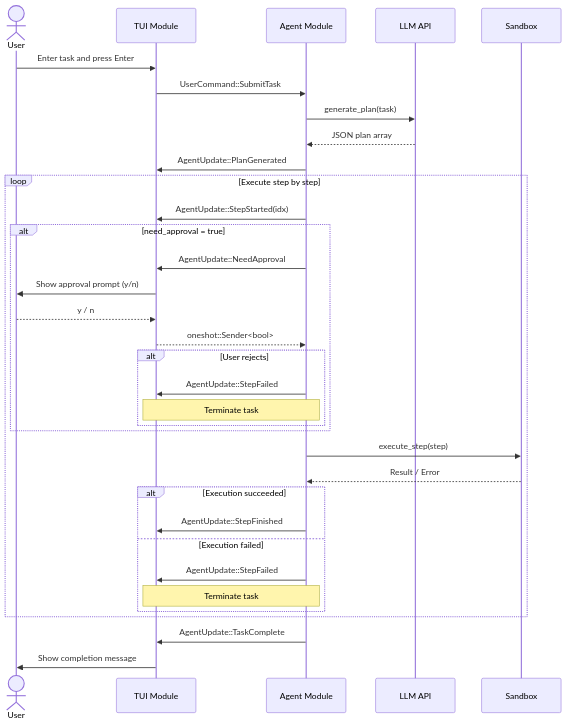
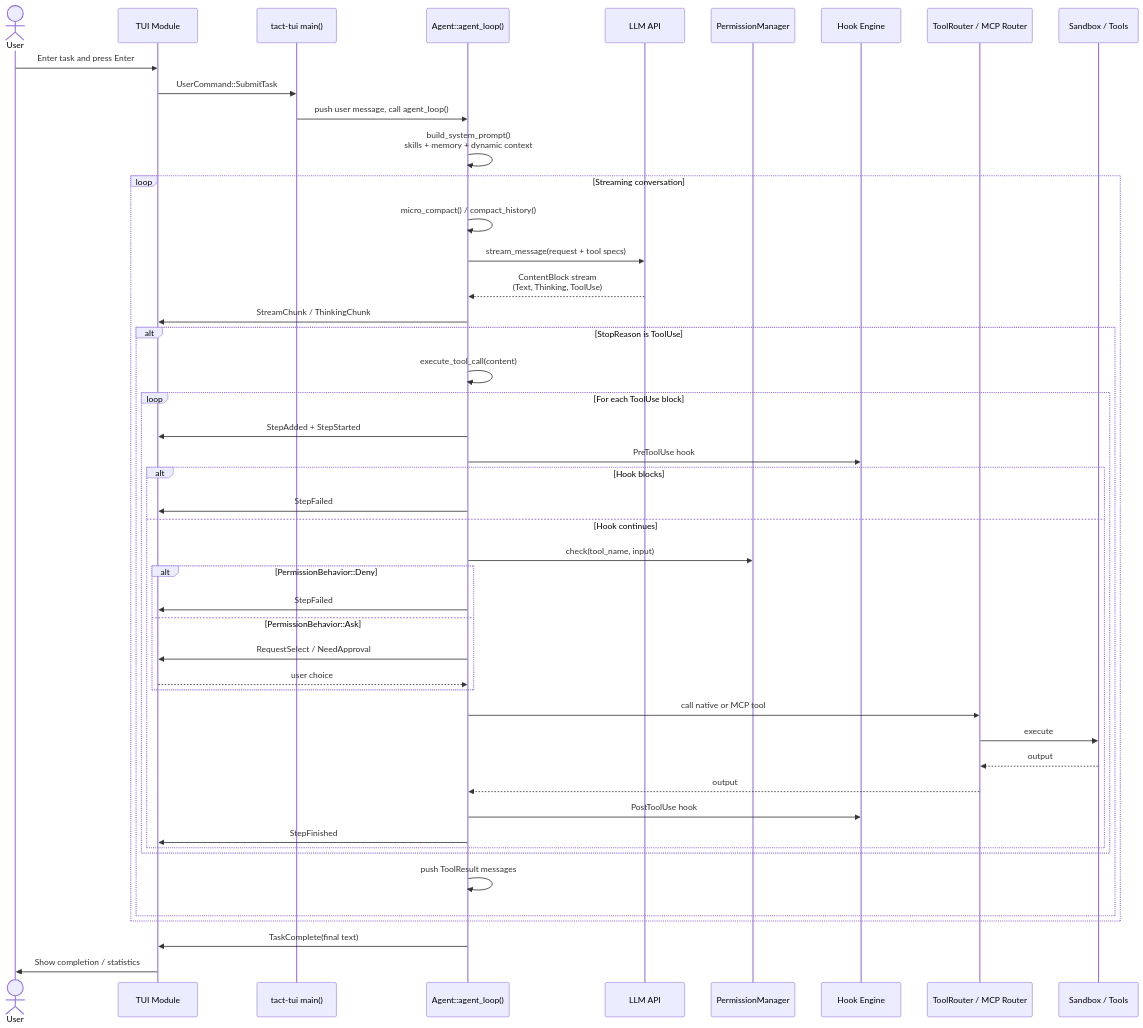
Before and after one commit to rust-infra/tact: the third of 10 diagrams in ARCHITECTURE.md, drawn with Mermaid. The commit also changed other lines of this file and 3 other files, not shown here.

````diff
--- a/ARCHITECTURE.md
+++ b/ARCHITECTURE.md
@@ -84,39 +155,53 @@
 ```mermaid
 sequenceDiagram
     actor U as User
     participant TUI as TUI Module
-    participant Agent as Agent Module
+    participant Main as tact-tui main()
+    participant Agent as Agent::agent_loop()
     participant LLM as LLM API
-    participant SB as Sandbox
+    participant Perm as PermissionManager
+    participant Hook as Hook Engine
+    participant TR as ToolRouter / MCP Router
+    participant SB as Sandbox / Tools
 
     U ->> TUI: Enter task and press Enter
-    TUI ->> Agent: UserCommand::SubmitTask
-    Agent ->> LLM: generate_plan(task)
-    LLM -->> Agent: JSON plan array
-    Agent ->> TUI: AgentUpdate::PlanGenerated
+    TUI ->> Main: UserCommand::SubmitTask
+    Main ->> Agent: push user message, call agent_loop()
+    Agent ->> Agent: build_system_prompt()<br/>skills + memory + dynamic context
 
-    loop Execute step by step
-        Agent ->> TUI: AgentUpdate::StepStarted(idx)
-        alt need_approval = true
-            Agent ->> TUI: AgentUpdate::NeedApproval
-            TUI ->> U: Show approval prompt (y/n)
-            U -->> TUI: y / n
-            TUI -->> Agent: oneshot::Sender<bool>
-            alt User rejects
-                Agent ->> TUI: AgentUpdate::StepFailed
-                Note over Agent,TUI: Terminate task
+    loop Streaming conversation
+        Agent ->> Agent: micro_compact() / compact_history()
+        Agent ->> LLM: stream_message(request + tool specs)
+        LLM -->> Agent: ContentBlock stream<br/>(Text, Thinking, ToolUse)
+        Agent ->> TUI: StreamChunk / ThinkingChunk
+
+        alt StopReason is ToolUse
+            Agent ->> Agent: execute_tool_call(content)
+            loop For each ToolUse block
+                Agent ->> TUI: StepAdded + StepStarted
+                Agent ->> Hook: PreToolUse hook
+                alt Hook blocks
+                    Agent ->> TUI: StepFailed
+                else Hook continues
+                    Agent ->> Perm: check(tool_name, input)
+                    alt PermissionBehavior::Deny
+                        Agent ->> TUI: StepFailed
+                    else PermissionBehavior::Ask
+                        Agent ->> TUI: RequestSelect / NeedApproval
+                        TUI -->> Agent: user choice
+                    end
+                    Agent ->> TR: call native or MCP tool
+                    TR ->> SB: execute
+                    SB -->> TR: output
+                    TR -->> Agent: output
+                    Agent ->> Hook: PostToolUse hook
+                    Agent ->> TUI: StepFinished
+                end
             end
-        end
-        Agent ->> SB: execute_step(step)
-        SB -->> Agent: Result / Error
-        alt Execution succeeded
-            Agent ->> TUI: AgentUpdate::StepFinished
-        else Execution failed
-            Agent ->> TUI: AgentUpdate::StepFailed
-            Note over Agent,TUI: Terminate task
+            Agent ->> Agent: push ToolResult messages
         end
     end
 
-    Agent ->> TUI: AgentUpdate::TaskComplete
-    TUI ->> U: Show completion message
+    Agent ->> TUI: TaskComplete(final text)
+    TUI ->> U: Show completion / statistics
 ```
````
